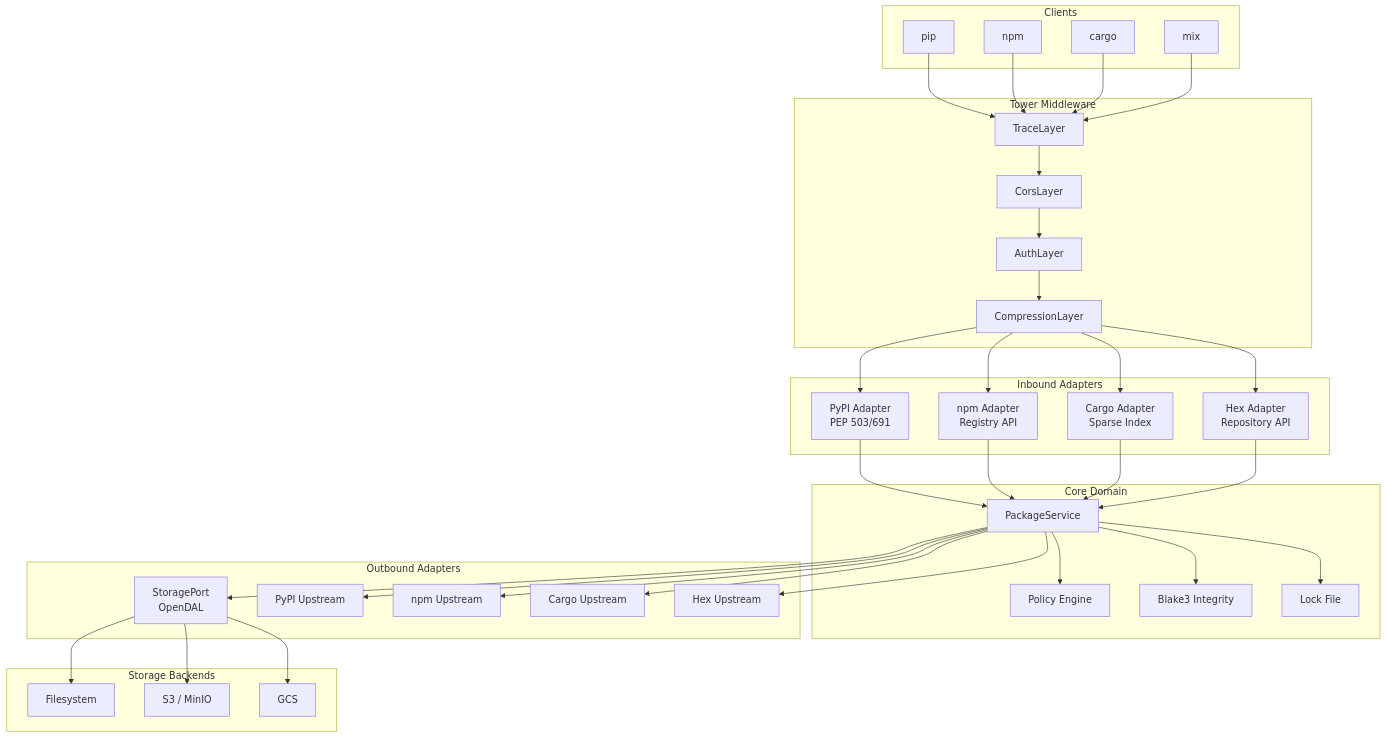
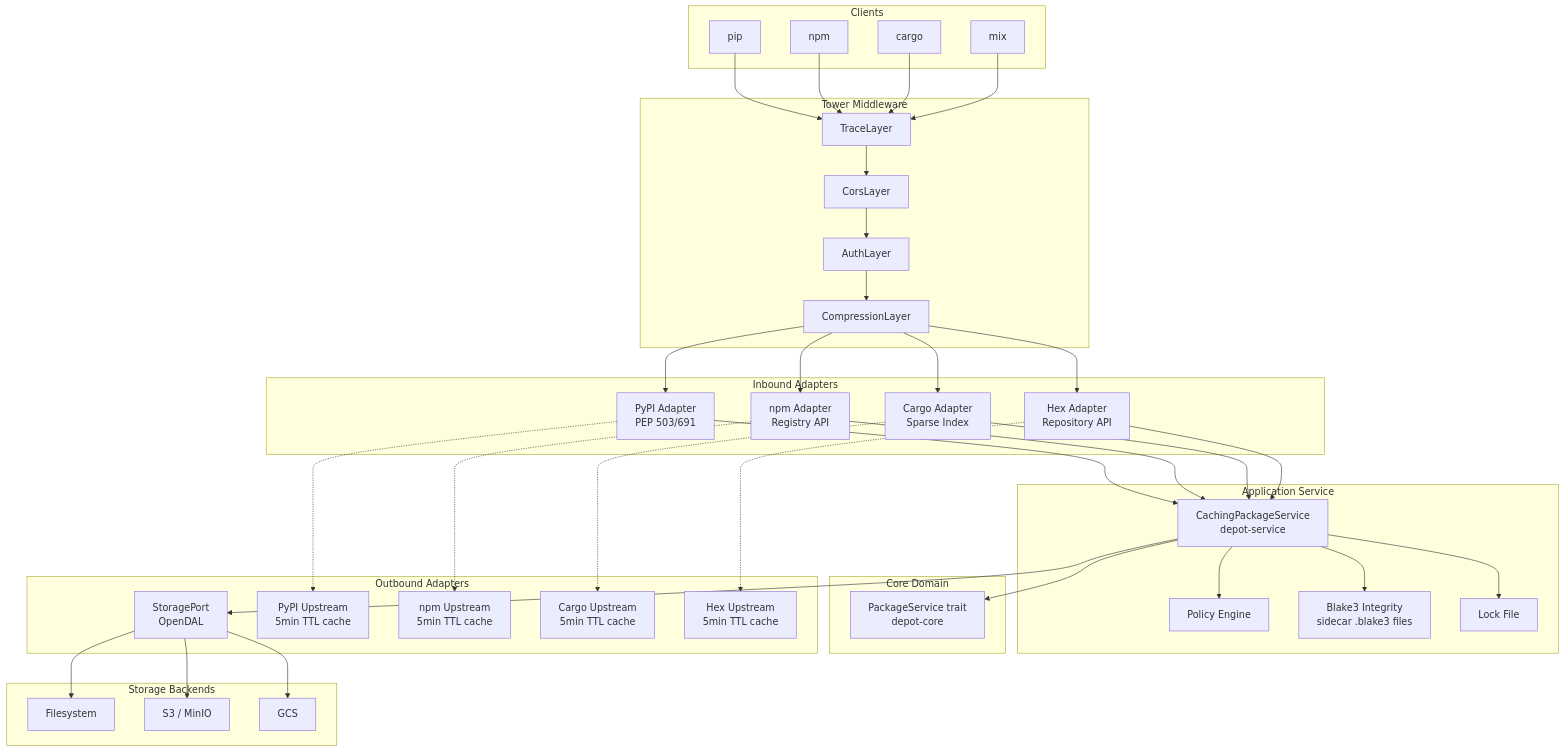
Before and after one commit to Goldziher/depot: the first of 3 diagrams in docs/architecture.md, drawn with Mermaid. The commit also changed other lines of this file and 43 other files, not shown here.

````diff
--- a/docs/architecture.md
+++ b/docs/architecture.md
@@ -9,74 +9,80 @@
 ```mermaid
 graph TB
     subgraph Clients
         pip[pip]
         npm_cli[npm]
         cargo_cli[cargo]
         mix[mix]
     end
 
     subgraph "Tower Middleware"
         trace[TraceLayer]
         cors[CorsLayer]
         auth[AuthLayer]
         compress[CompressionLayer]
     end
 
     subgraph "Inbound Adapters"
         pypi_adapter[PyPI Adapter<br/>PEP 503/691]
         npm_adapter[npm Adapter<br/>Registry API]
         cargo_adapter[Cargo Adapter<br/>Sparse Index]
         hex_adapter[Hex Adapter<br/>Repository API]
     end
 
+    subgraph "Application Service"
+        caching_svc[CachingPackageService<br/>depot-service]
+        policy[Policy Engine]
+        integrity[Blake3 Integrity<br/>sidecar .blake3 files]
+        lockfile[Lock File]
+    end
+
     subgraph "Core Domain"
-        svc[PackageService]
-        policy[Policy Engine]
-        integrity[Blake3 Integrity]
-        lockfile[Lock File]
+        svc[PackageService trait<br/>depot-core]
     end
 
     subgraph "Outbound Adapters"
         storage[StoragePort<br/>OpenDAL]
-        upstream_pypi[PyPI Upstream]
-        upstream_npm[npm Upstream]
-        upstream_cargo[Cargo Upstream]
-        upstream_hex[Hex Upstream]
+        upstream_pypi[PyPI Upstream<br/>5min TTL cache]
+        upstream_npm[npm Upstream<br/>5min TTL cache]
+        upstream_cargo[Cargo Upstream<br/>5min TTL cache]
+        upstream_hex[Hex Upstream<br/>5min TTL cache]
     end
 
     subgraph "Storage Backends"
         fs[Filesystem]
         s3[S3 / MinIO]
         gcs[GCS]
     end
 
     pip --> trace
     npm_cli --> trace
     cargo_cli --> trace
     mix --> trace
 
     trace --> cors --> auth --> compress
 
     compress --> pypi_adapter
     compress --> npm_adapter
     compress --> cargo_adapter
     compress --> hex_adapter
 
-    pypi_adapter --> svc
-    npm_adapter --> svc
-    cargo_adapter --> svc
-    hex_adapter --> svc
+    pypi_adapter --> caching_svc
+    npm_adapter --> caching_svc
+    cargo_adapter --> caching_svc
+    hex_adapter --> caching_svc
 
-    svc --> policy
-    svc --> integrity
-    svc --> lockfile
-    svc --> storage
-    svc --> upstream_pypi
-    svc --> upstream_npm
-    svc --> upstream_cargo
-    svc --> upstream_hex
+    pypi_adapter -.-> upstream_pypi
+    npm_adapter -.-> upstream_npm
+    cargo_adapter -.-> upstream_cargo
+    hex_adapter -.-> upstream_hex
+
+    caching_svc --> svc
+    caching_svc --> policy
+    caching_svc --> integrity
+    caching_svc --> lockfile
+    caching_svc --> storage
 
     storage --> fs
     storage --> s3
     storage --> gcs
 ```
````
